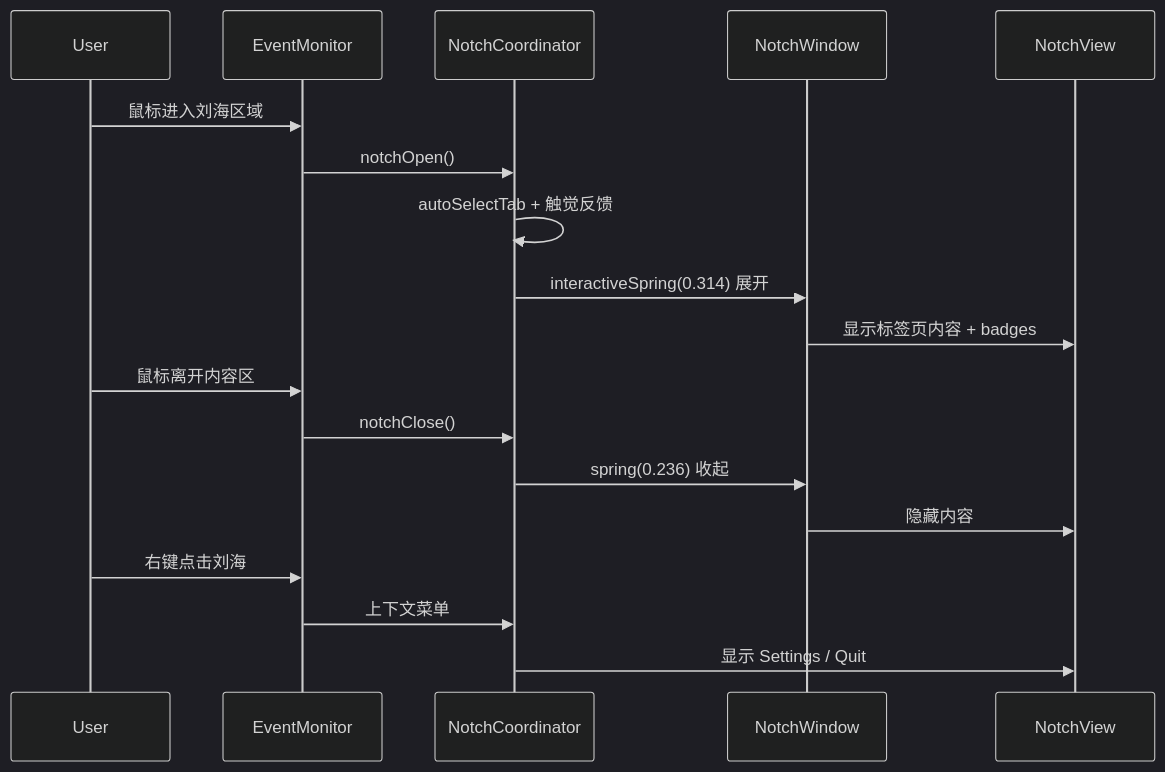
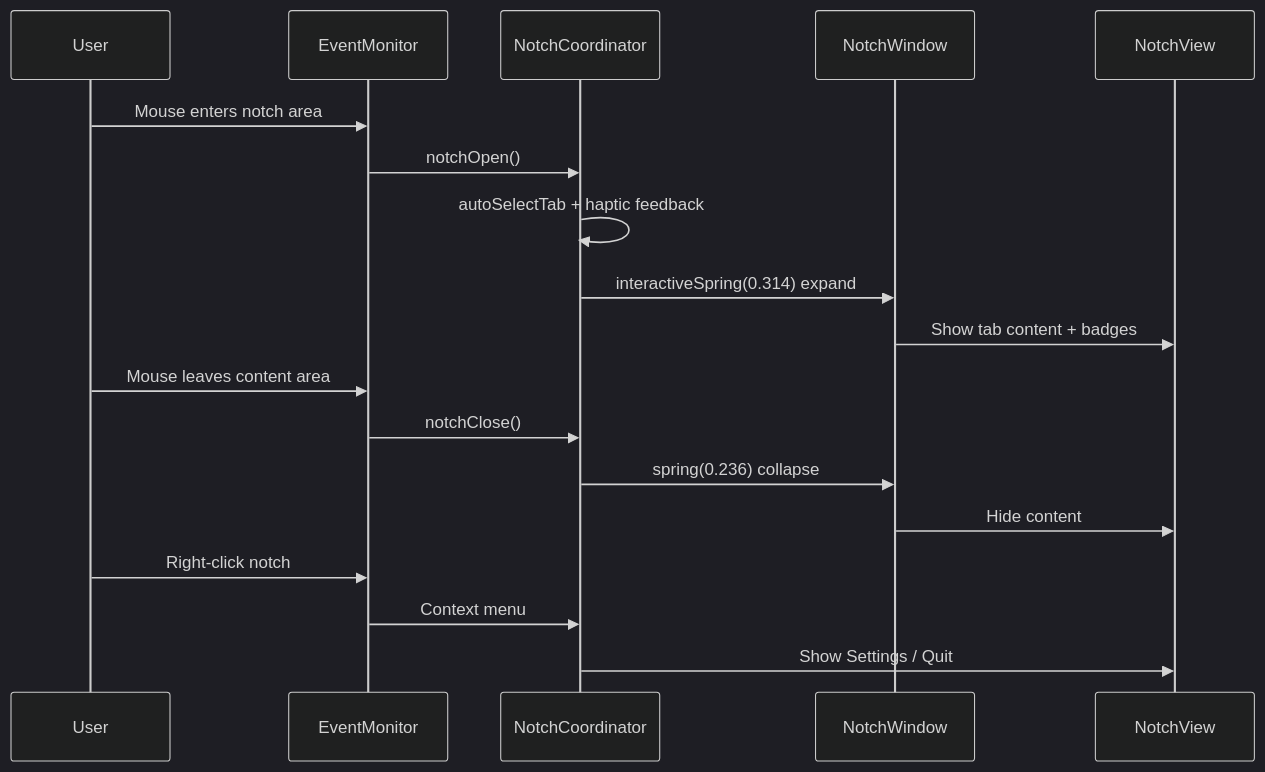
One commit to GaoZimeng0425/NemoNotch changed the third of 3 diagrams in CLAUDE.md. Above: the diagram before and after it, drawn with Mermaid (dark theme). The commit also changed other lines of this file, not shown here.

````diff
--- a/CLAUDE.md
+++ b/CLAUDE.md
@@ -142,23 +142,23 @@
 ```mermaid
 sequenceDiagram
     participant User
     participant EM as EventMonitor
     participant NC as NotchCoordinator
     participant NW as NotchWindow
     participant NV as NotchView
 
-    User->>EM: 鼠标进入刘海区域
+    User->>EM: Mouse enters notch area
     EM->>NC: notchOpen()
-    NC->>NC: autoSelectTab + 触觉反馈
-    NC->>NW: interactiveSpring(0.314) 展开
-    NW->>NV: 显示标签页内容 + badges
+    NC->>NC: autoSelectTab + haptic feedback
+    NC->>NW: interactiveSpring(0.314) expand
+    NW->>NV: Show tab content + badges
 
-    User->>EM: 鼠标离开内容区
+    User->>EM: Mouse leaves content area
     EM->>NC: notchClose()
-    NC->>NW: spring(0.236) 收起
-    NW->>NV: 隐藏内容
+    NC->>NW: spring(0.236) collapse
+    NW->>NV: Hide content
 
-    User->>EM: 右键点击刘海
-    EM->>NC: 上下文菜单
-    NC->>NV: 显示 Settings / Quit
+    User->>EM: Right-click notch
+    EM->>NC: Context menu
+    NC->>NV: Show Settings / Quit
 ```
````
